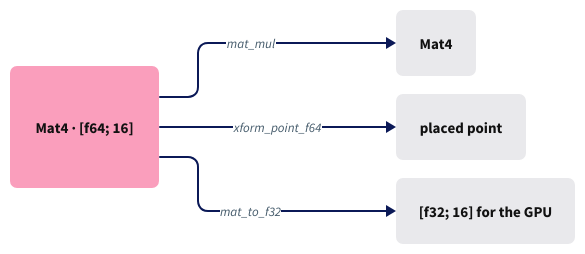
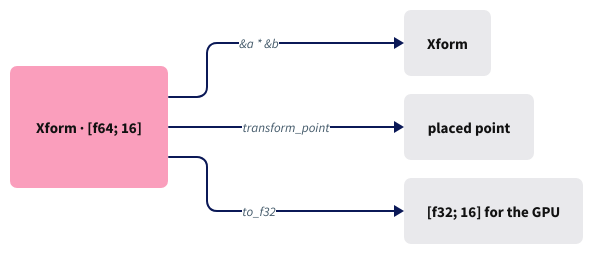
Before and after one commit to petrasvestartas/session: the diagram in session_viewer/docs/diagrams/02-01.d2, drawn with D2. The commit also changed 237 other files, not shown here.

```diff
--- a/session_viewer/docs/diagrams/02-01.d2
+++ b/session_viewer/docs/diagrams/02-01.d2
@@ -1,16 +1,16 @@
 vars: { d2-config: { layout-engine: elk; pad: 20; theme-id: 0 } }
 style: { fill: "#ffffff" }
 classes: {
   box:   { style: { fill: "#e9e9ec"; stroke: "#e9e9ec"; border-radius: 6; font-size: 15; font-color: "#111111" } }
   focus: { style: { fill: "#fa9ebc"; stroke: "#fa9ebc"; border-radius: 6; font-size: 15; font-color: "#111111" } }
 }
 direction: right
 
-A: "Mat4 · [f64; 16]" { class: focus }
-B: "Mat4" { class: box }
+A: "Xform · [f64; 16]" { class: focus }
+B: "Xform" { class: box }
 P: "placed point" { class: box }
 G: "[f32; 16] for the GPU" { class: box }
 
-A -> B: "mat_mul" { style: { stroke: "#0b1957"; stroke-width: 2; font-size: 13; font-color: "#455b6b" } }
-A -> P: "xform_point_f64" { style: { stroke: "#0b1957"; stroke-width: 2; font-size: 13; font-color: "#455b6b" } }
-A -> G: "mat_to_f32" { style: { stroke: "#0b1957"; stroke-width: 2; font-size: 13; font-color: "#455b6b" } }
+A -> B: "&a * &b" { style: { stroke: "#0b1957"; stroke-width: 2; font-size: 13; font-color: "#455b6b" } }
+A -> P: "transform_point" { style: { stroke: "#0b1957"; stroke-width: 2; font-size: 13; font-color: "#455b6b" } }
+A -> G: "to_f32" { style: { stroke: "#0b1957"; stroke-width: 2; font-size: 13; font-color: "#455b6b" } }
```
